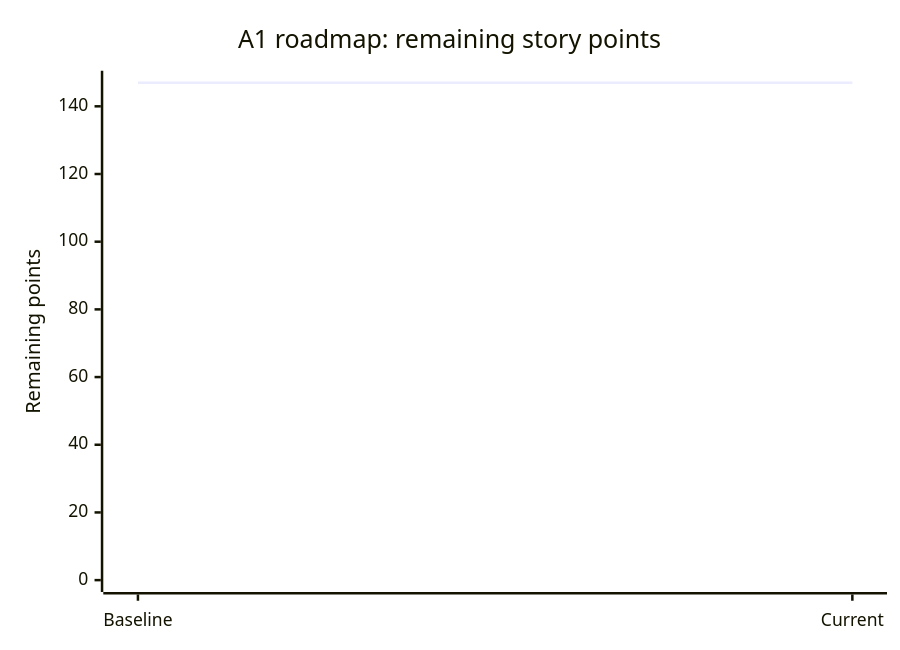
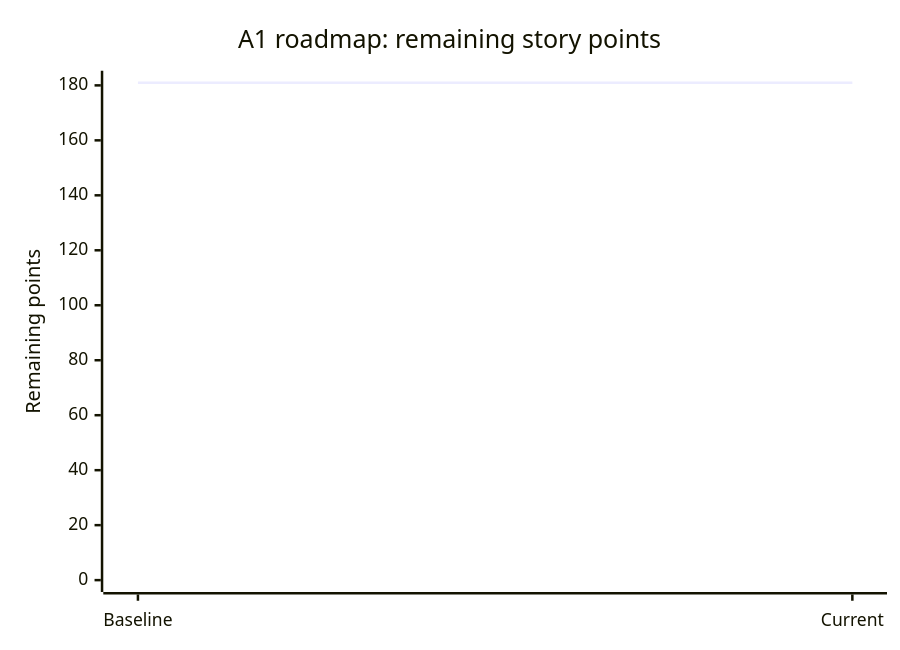
One commit to DKB2016/lumina-spanish changed the diagram in lumina-spanish/ROADMAP_A1.md. Above: the diagram before and after it, drawn with Mermaid. The commit also changed other lines of this file, not shown here.

Commit message:
docs(roadmap): add podcast workstream and increase baseline to 181 points

````diff
--- a/lumina-spanish/ROADMAP_A1.md
+++ b/lumina-spanish/ROADMAP_A1.md
@@ -7,7 +7,7 @@
 ```mermaid
 xychart-beta
   title "A1 roadmap: remaining story points"
   x-axis ["Baseline", "Current"]
-  y-axis "Remaining points" 0 --> 147
-  line [147, 147]
+  y-axis "Remaining points" 0 --> 181
+  line [181, 181]
 ```
````
